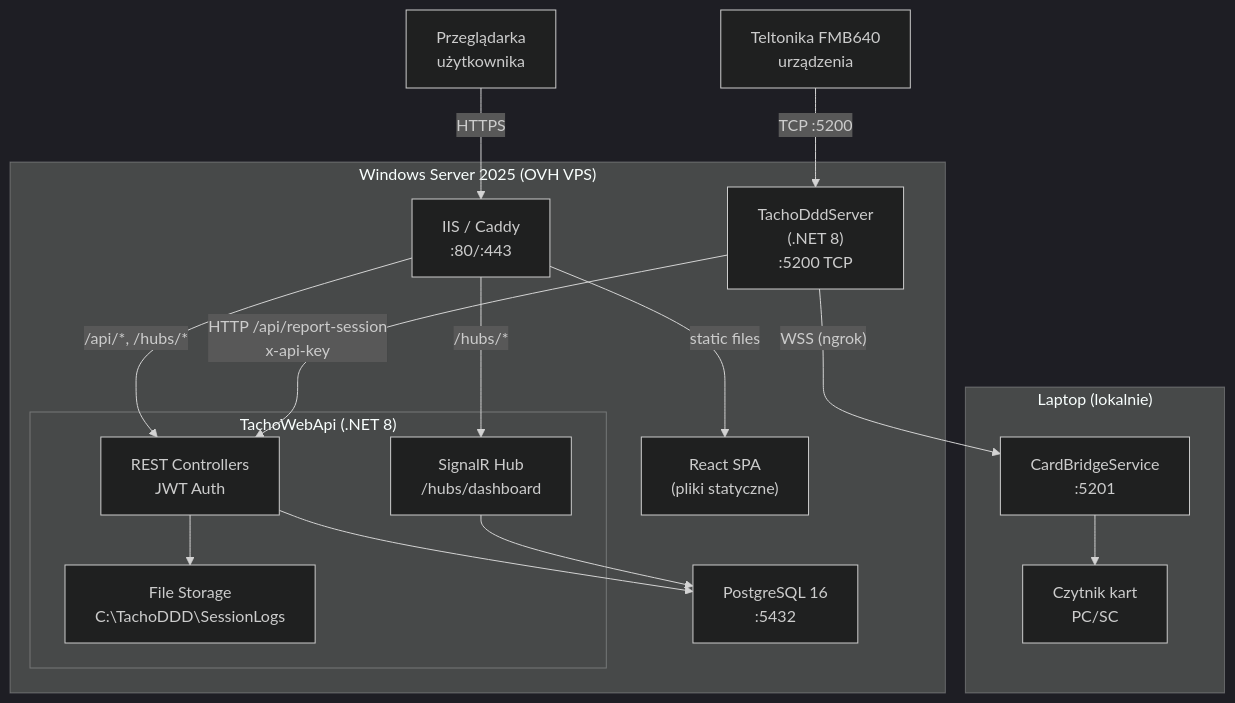
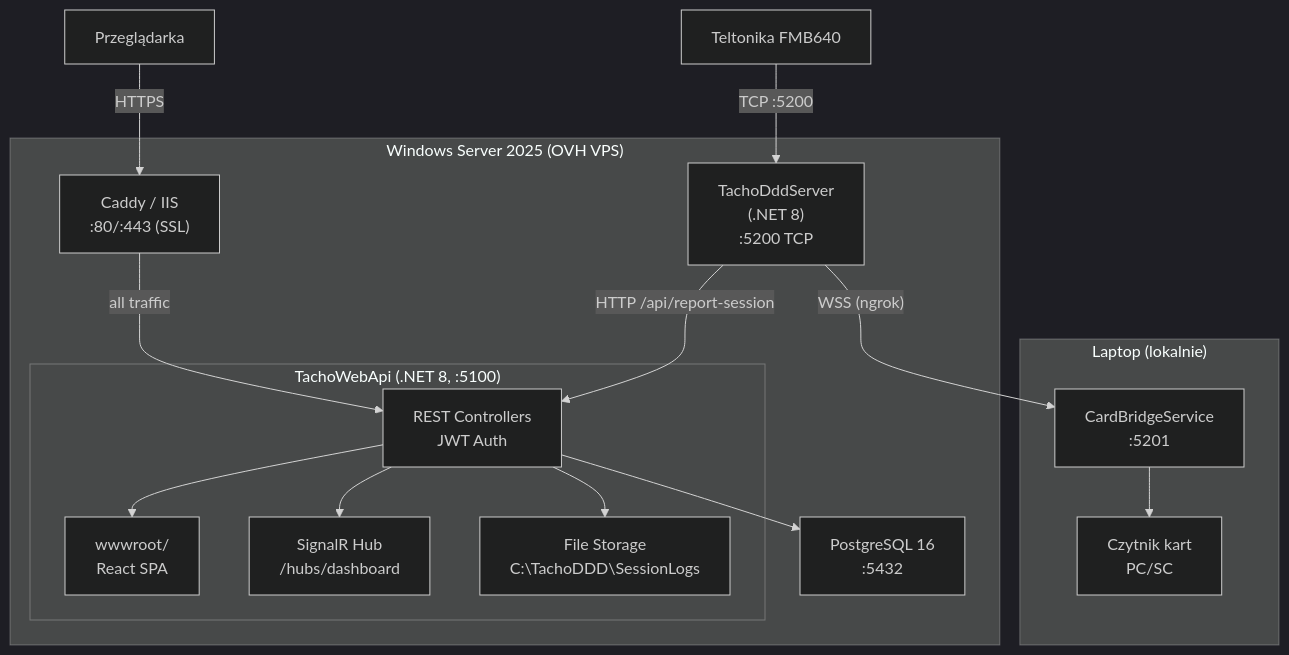
Before and after one commit to Triktrak-ai/teltest-87fc9cef: the diagram in docs/MIGRATION.md, drawn with Mermaid (dark theme). The commit also changed other lines of this file and 1 other file, not shown here.

````diff
--- a/docs/MIGRATION.md
+++ b/docs/MIGRATION.md
@@ -632,35 +597,34 @@
 ```mermaid
 graph TB
     subgraph "Windows Server 2025 (OVH VPS)"
-        PROXY["IIS / Caddy<br/>:80/:443"]
-        FRONTEND["React SPA<br/>(pliki statyczne)"]
+        PROXY["Caddy / IIS<br/>:80/:443 (SSL)"]
         
-        subgraph "TachoWebApi (.NET 8)"
+        subgraph "TachoWebApi (.NET 8, :5100)"
+            STATIC["wwwroot/<br/>React SPA"]
             API["REST Controllers<br/>JWT Auth"]
             SIGNALR["SignalR Hub<br/>/hubs/dashboard"]
             STORAGE["File Storage<br/>C:\TachoDDD\SessionLogs"]
         end
         
         PG["PostgreSQL 16<br/>:5432"]
         TACHO["TachoDddServer<br/>(.NET 8)<br/>:5200 TCP"]
     end
     
     subgraph "Laptop (lokalnie)"
         CB["CardBridgeService<br/>:5201"]
         READER["Czytnik kart<br/>PC/SC"]
     end
     
-    BROWSER["Przeglądarka<br/>użytkownika"] -->|"HTTPS"| PROXY
-    PROXY -->|"static files"| FRONTEND
-    PROXY -->|"/api/*, /hubs/*"| API
-    PROXY -->|"/hubs/*"| SIGNALR
+    BROWSER["Przeglądarka"] -->|"HTTPS"| PROXY
+    PROXY -->|"all traffic"| API
+    API --> STATIC
+    API --> SIGNALR
     
-    FMB["Teltonika FMB640<br/>urządzenia"] -->|"TCP :5200"| TACHO
-    TACHO -->|"HTTP /api/report-session<br/>x-api-key"| API
+    FMB["Teltonika FMB640"] -->|"TCP :5200"| TACHO
+    TACHO -->|"HTTP /api/report-session"| API
     TACHO -->|"WSS (ngrok)"| CB
     CB --> READER
     
     API --> PG
     API --> STORAGE
-    SIGNALR --> PG
 ```
````
